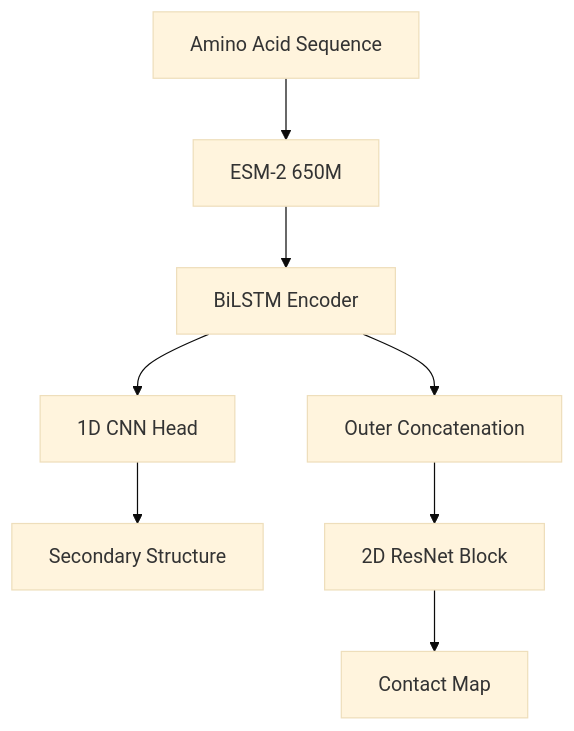
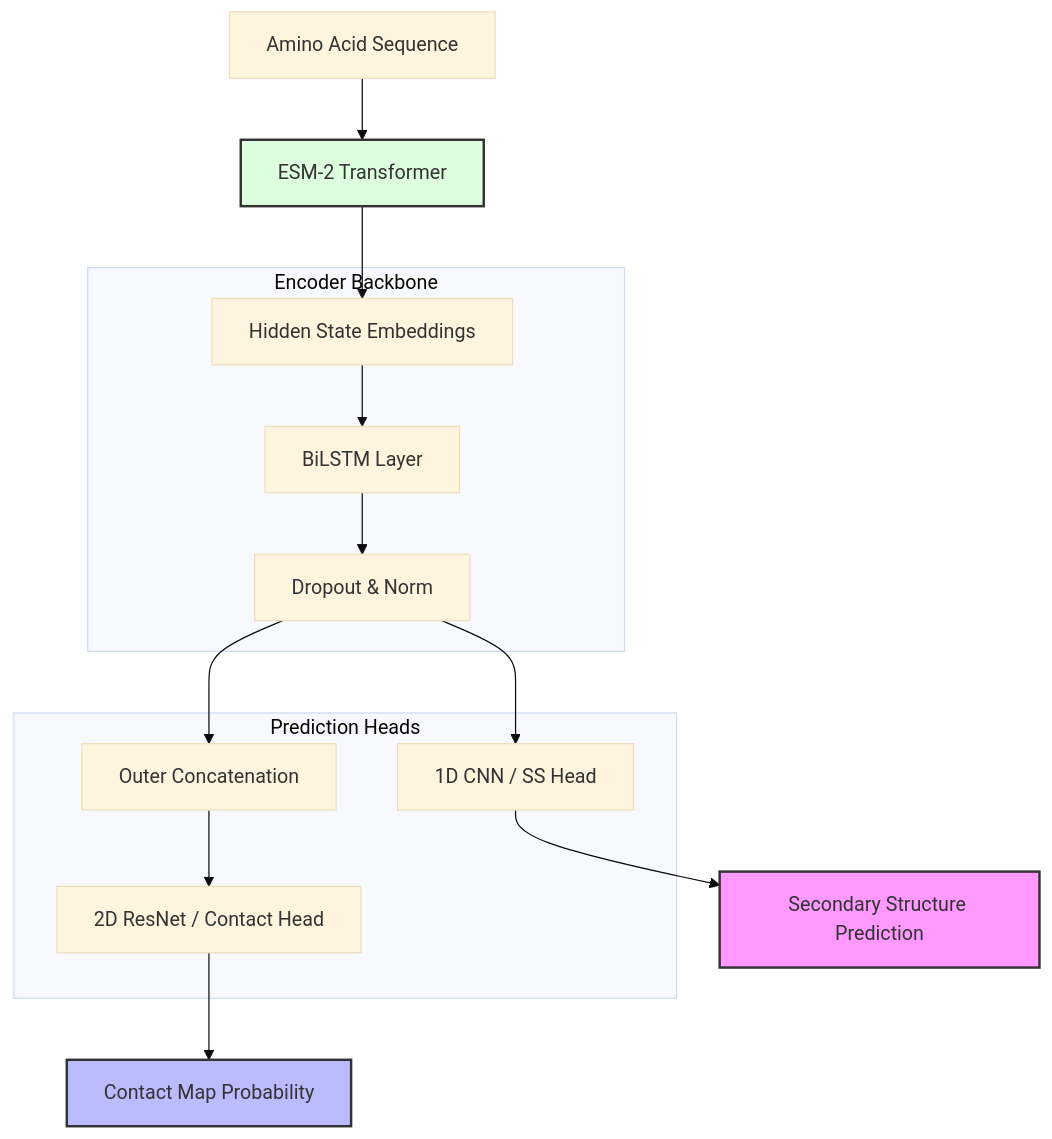
Before and after one commit to Yuyutsu01/FoldNet: the diagram in README.md, drawn with Mermaid (base theme). The commit also changed other lines of this file and 2 other files, not shown here.

````diff
--- a/README.md
+++ b/README.md
@@ -55,10 +59,23 @@
 ```mermaid
 graph TD
-    A[Amino Acid Sequence] --> B[ESM-2 650M]
-    B --> C[BiLSTM Encoder]
-    C --> D[1D CNN Head]
-    C --> E[Outer Concatenation]
-    D --> F[Secondary Structure]
-    E --> G[2D ResNet Block]
-    G --> H[Contact Map]
+    Seq[Amino Acid Sequence] --> ESM[ESM-2 Transformer]
+    ESM --> Feat[Hidden State Embeddings]
+    
+    subgraph "Encoder Backbone"
+    Feat --> BiLSTM[BiLSTM Layer]
+    BiLSTM --> Dropout[Dropout & Norm]
+    end
+    
+    subgraph "Prediction Heads"
+    Dropout --> SS_Head[1D CNN / SS Head]
+    Dropout --> Outer[Outer Concatenation]
+    Outer --> CM_Head[2D ResNet / Contact Head]
+    end
+    
+    SS_Head --> SS_Output[Secondary Structure Prediction]
+    CM_Head --> CM_Output[Contact Map Probability]
+    
+    style SS_Output fill:#f9f,stroke:#333,stroke-width:2px
+    style CM_Output fill:#bbf,stroke:#333,stroke-width:2px
+    style ESM fill:#dfd,stroke:#333,stroke-width:2px
 ```
````
